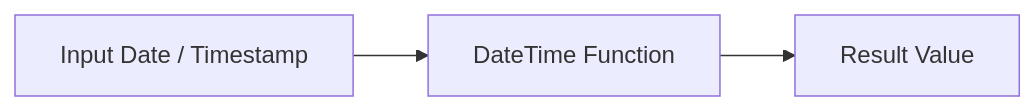
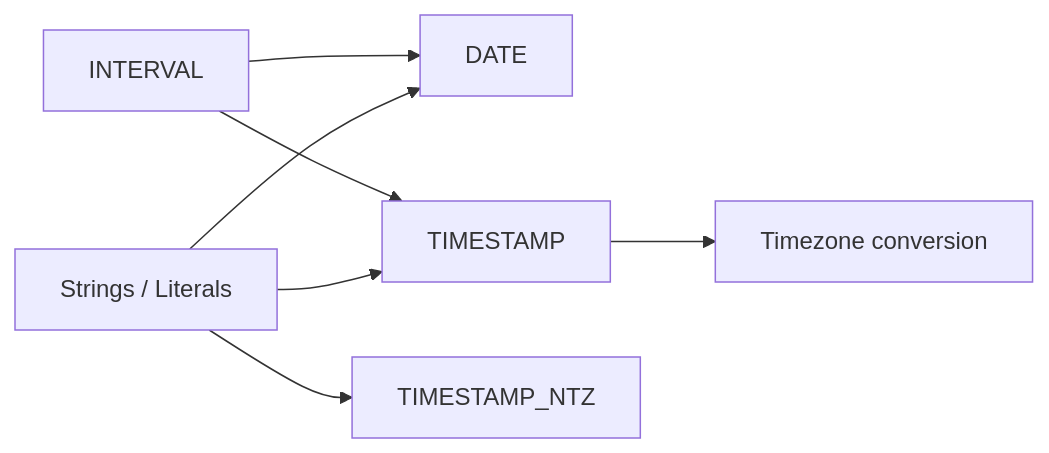
Before and after one commit to mahfooziiitian/spark-batch: the diagram in spark-sql/docs/functions/scalar/datetime/index.md, drawn with Mermaid. The commit also changed other lines of this file and 809 other files, not shown here.

````diff
--- a/spark-sql/docs/functions/scalar/datetime/index.md
+++ b/spark-sql/docs/functions/scalar/datetime/index.md
@@ -8,5 +11,9 @@
 ```mermaid
 graph LR
-    A[Input Date / Timestamp] --> B[DateTime Function]
-    B --> C[Result Value]
+    A[Strings / Literals] --> B[DATE]
+    A --> C[TIMESTAMP]
+    A --> D[TIMESTAMP_NTZ]
+    E[INTERVAL] --> C
+    E --> B
+    C --> F[Timezone conversion]
 ```
````
